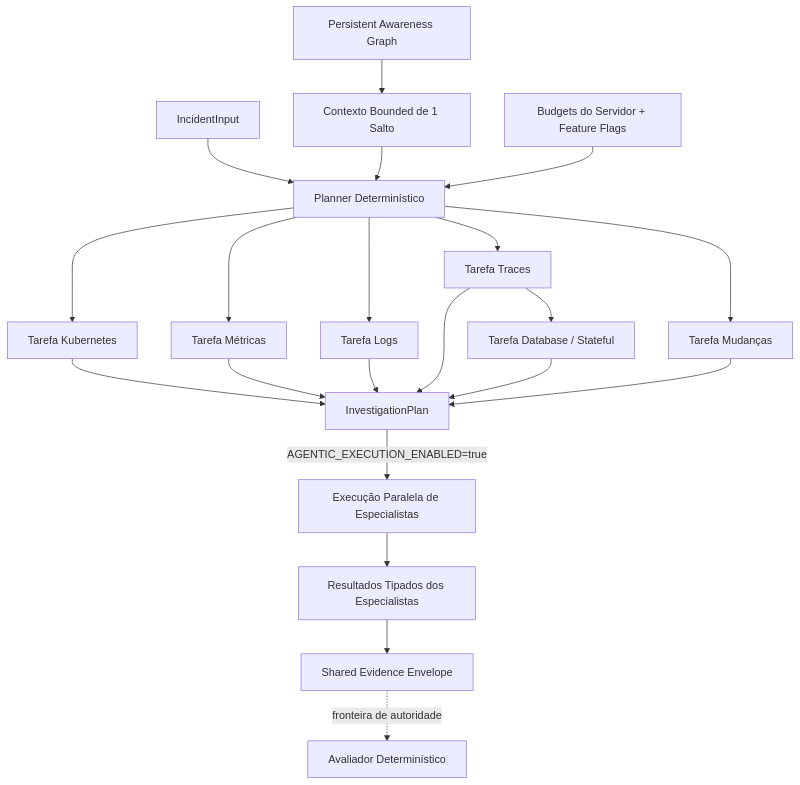
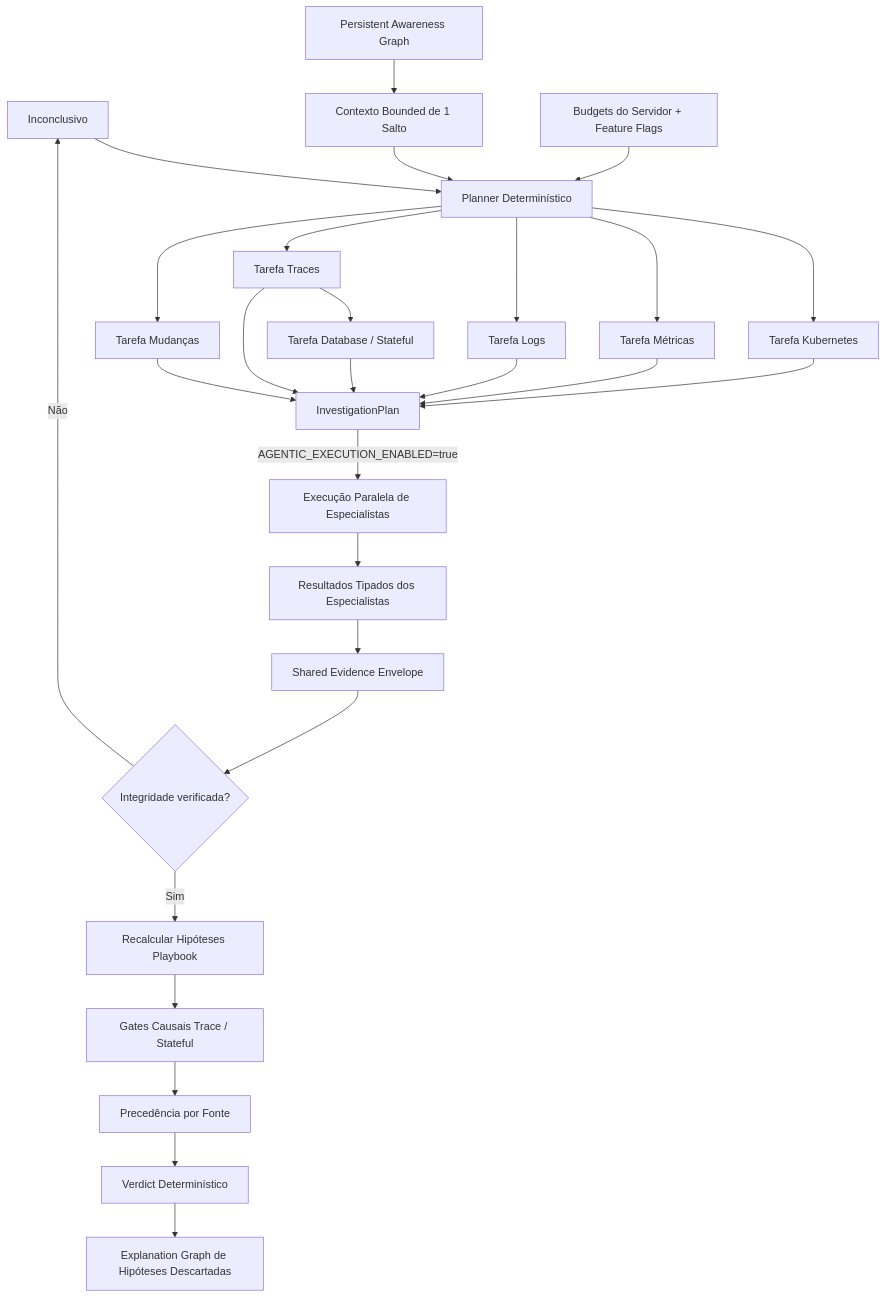
Before and after one commit to marcocristofolini/ai-sre-rca: diagram 18 of 19 in docs/architecture.pt-BR.md, drawn with Mermaid. The commit also changed other lines of this file, not shown here.

Commit message:
docs: add shared envelope evaluator architecture pt-br

````diff
--- a/docs/architecture.pt-BR.md
+++ b/docs/architecture.pt-BR.md
@@ -422,26 +424,32 @@
 ```mermaid
 flowchart TD
     INC[IncidentInput] --> PLAN[Planner Determinístico]
     PAG[Persistent Awareness Graph] --> CTX[Contexto Bounded de 1 Salto]
     CTX --> PLAN
     CFG[Budgets do Servidor + Feature Flags] --> PLAN
 
     PLAN --> K[Tarefa Kubernetes]
     PLAN --> M[Tarefa Métricas]
     PLAN --> L[Tarefa Logs]
     PLAN --> T[Tarefa Traces]
     T --> DB[Tarefa Database / Stateful]
     PLAN --> CH[Tarefa Mudanças]
 
     K --> IP[InvestigationPlan]
     M --> IP
     L --> IP
     T --> IP
     DB --> IP
     CH --> IP
 
     IP -->|AGENTIC_EXECUTION_ENABLED=true| ORCH[Execução Paralela de Especialistas]
     ORCH --> SR[Resultados Tipados dos Especialistas]
     SR --> ENV[Shared Evidence Envelope]
-    ENV -. fronteira de autoridade .-> EV[Avaliador Determinístico]
+    ENV --> HASH{Integridade verificada?}
+    HASH -->|Não| INC[Inconclusivo]
+    HASH -->|Sim| SCORE[Recalcular Hipóteses Playbook]
+    SCORE --> CAUSAL[Gates Causais Trace / Stateful]
+    CAUSAL --> PRE[Precedência por Fonte]
+    PRE --> EV[Verdict Determinístico]
+    EV --> EX[Explanation Graph de Hipóteses Descartadas]
 ```
````
